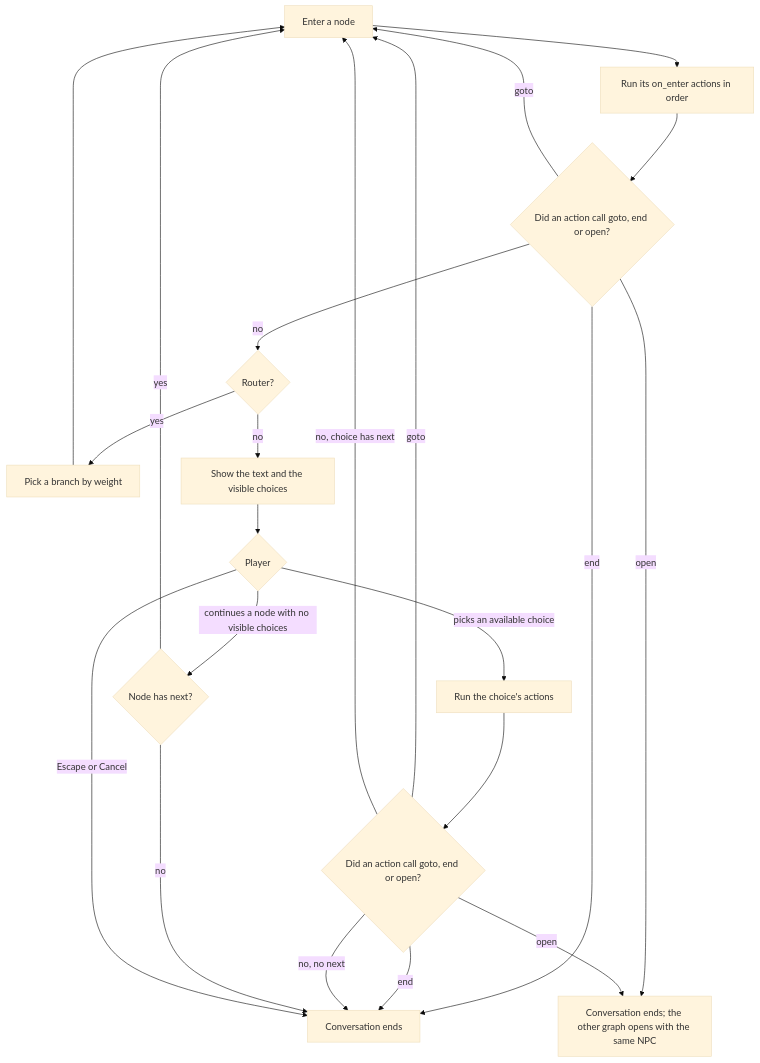
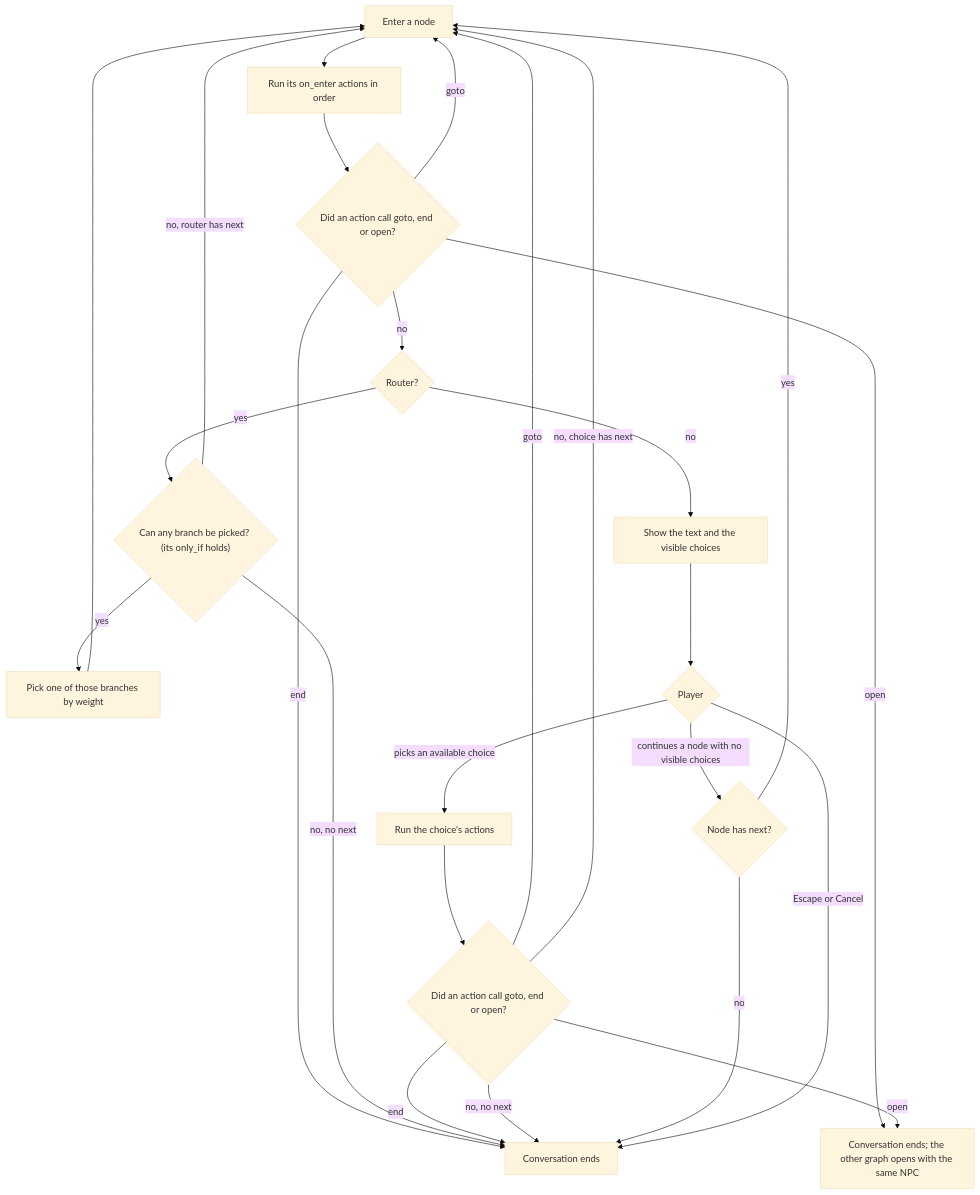
Before and after one commit to justbecauseph/haruhi: the diagram in docs/content-guide.md, drawn with Mermaid (base theme). The commit also changed other lines of this file and 17 other files, not shown here.

````diff
--- a/docs/content-guide.md
+++ b/docs/content-guide.md
@@ -253,23 +313,26 @@
 ```mermaid
 flowchart TD
     enter["Enter a node"] --> onEnter["Run its on_enter actions in order"]
     onEnter --> moved{"Did an action call goto, end or open?"}
     moved -- "goto" --> enter
     moved -- "end" --> ended["Conversation ends"]
     moved -- "open" --> opened["Conversation ends; the other graph opens with the same NPC"]
     moved -- "no" --> router{"Router?"}
-    router -- "yes" --> pick["Pick a branch by weight"] --> enter
+    router -- "yes" --> canPick{"Can any branch be picked? (its only_if holds)"}
+    canPick -- "yes" --> pick["Pick one of those branches by weight"] --> enter
+    canPick -- "no, router has next" --> enter
+    canPick -- "no, no next" --> ended
     router -- "no" --> show["Show the text and the visible choices"]
     show --> input{"Player"}
     input -- "picks an available choice" --> actions["Run the choice's actions"]
     actions --> moved2{"Did an action call goto, end or open?"}
     moved2 -- "goto" --> enter
     moved2 -- "end" --> ended
     moved2 -- "open" --> opened
     moved2 -- "no, choice has next" --> enter
     moved2 -- "no, no next" --> ended
     input -- "continues a node with no visible choices" --> next{"Node has next?"}
     next -- "yes" --> enter
     next -- "no" --> ended
     input -- "Escape or Cancel" --> ended
 ```
````
